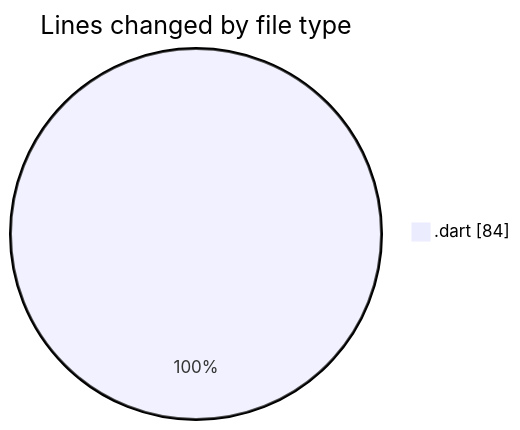
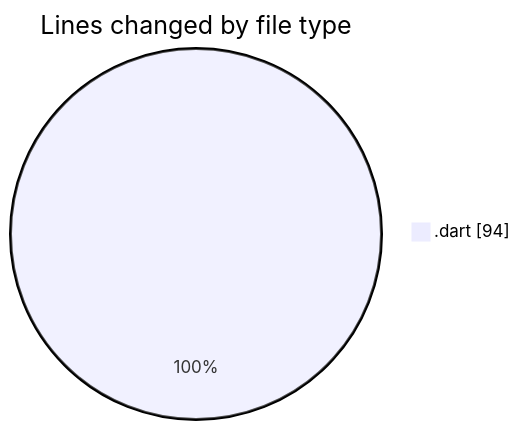
One commit to lephambinh05/code-tracking changed the first of 2 diagrams in 2025-08-04/studybuddy/README.md. Above: the diagram before and after it, drawn with Mermaid. The commit also changed other lines of this file and 1 other file, not shown here.

````diff
--- a/2025-08-04/studybuddy/README.md
+++ b/2025-08-04/studybuddy/README.md
@@ -22,5 +22,5 @@
 ```mermaid
 pie showData
 title Lines changed by file type
-".dart" : 84
+".dart" : 94
 ```
````
